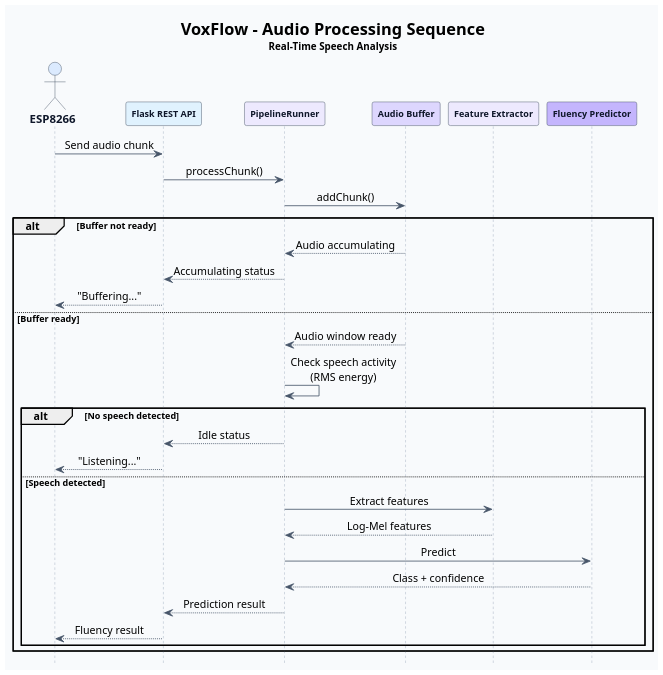
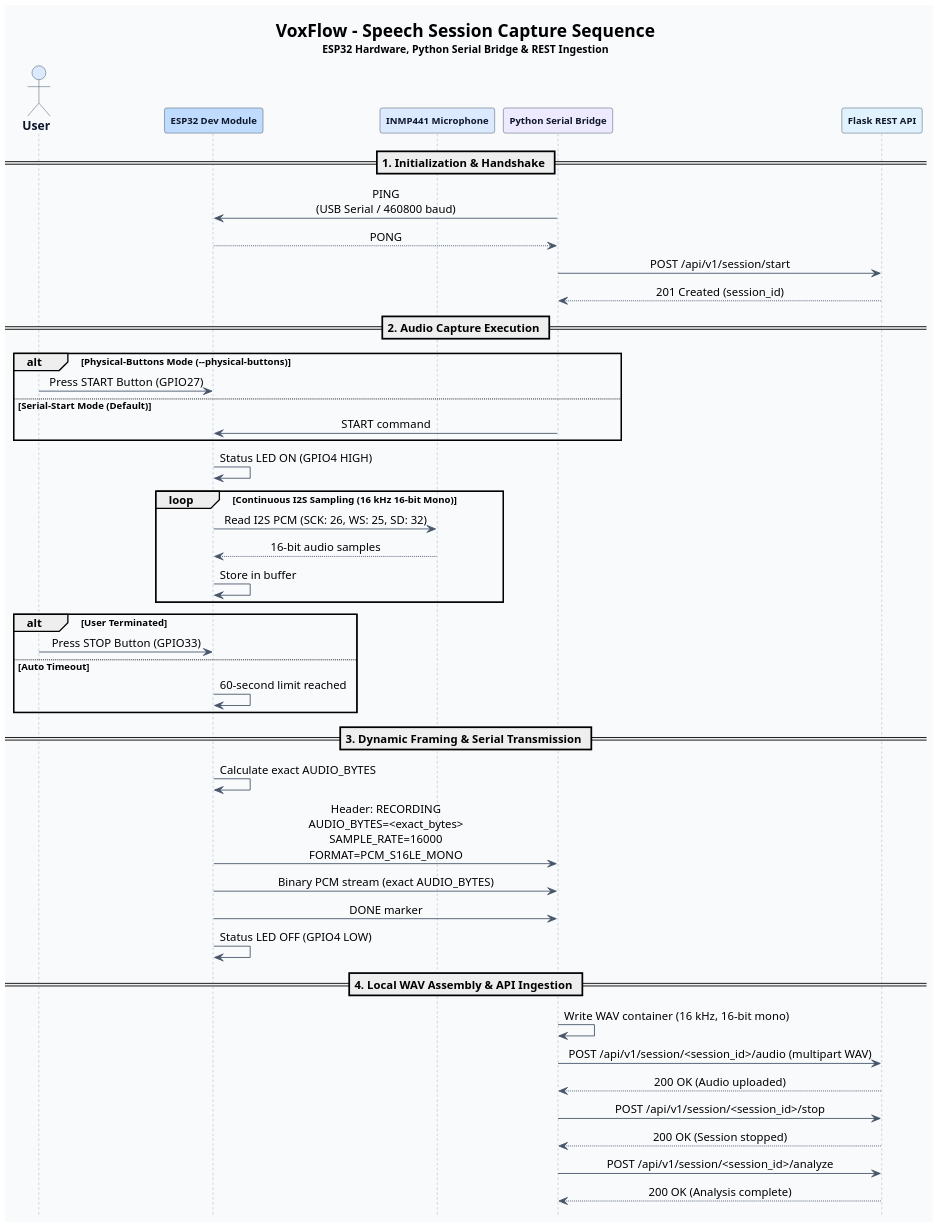
Before and after one commit to PetaSivaNandhanReddy/voxflow: the diagram in VoxFlow_uml/VoxFlow_uml/uml/03_audio_sequence.puml, drawn with PlantUML. The commit also changed 31 other files, not shown here.

Commit message:
docs: align uml architecture with final voxflow system

```diff
--- a/VoxFlow_uml/VoxFlow_uml/uml/03_audio_sequence.puml
+++ b/VoxFlow_uml/VoxFlow_uml/uml/03_audio_sequence.puml
@@ -1,81 +1,89 @@
 @startuml
-
-title <size:20><b>VoxFlow - Audio Processing Sequence</b></size>\n<size:12>Real-Time Speech Analysis</size>
+title <size:20><b>VoxFlow - Speech Session Capture Sequence</b></size>\n<size:12>ESP32 Hardware, Python Serial Bridge & REST Ingestion</size>
 
 hide footbox
 
 skinparam backgroundColor #F8FAFC
 skinparam shadowing false
-skinparam dpi 160
+skinparam dpi 170
 
 skinparam sequence {
     ArrowColor #475569
     LifeLineBorderColor #94A3B8
     LifeLineBackgroundColor #F8FAFC
 
     ParticipantBorderColor #334155
     ParticipantBackgroundColor #FFFFFF
     ParticipantFontColor #0F172A
     ParticipantFontStyle bold
 
     ActorBorderColor #334155
     ActorBackgroundColor #DBEAFE
     ActorFontColor #0F172A
     ActorFontStyle bold
 }
 
 skinparam participant {
     FontSize 11
 }
 
 skinparam sequenceMessageAlign center
 
-actor "ESP8266" as ESP #DBEAFE
+actor "User" as User #DBEAFE
+participant "ESP32 Dev Module" as ESP #BFDBFE
+participant "INMP441 Microphone" as Mic #DBEAFE
+participant "Python Serial Bridge" as Bridge #EDE9FE
+participant "Flask REST API" as API #E0F2FE
 
-participant "Flask REST API" as API #E0F2FE
-participant "PipelineRunner" as Pipeline #EDE9FE
-participant "Audio Buffer" as Buffer #DDD6FE
-participant "Feature Extractor" as Features #EDE9FE
-participant "Fluency Predictor" as Predictor #C4B5FD
+== 1. Initialization & Handshake ==
 
+Bridge -> ESP : PING\n(USB Serial / 460800 baud)
+ESP --> Bridge : PONG
 
-ESP -> API : Send audio chunk
+Bridge -> API : POST /api/v1/session/start
+API --> Bridge : 201 Created (session_id)
 
-API -> Pipeline : processChunk()
+== 2. Audio Capture Execution ==
 
-Pipeline -> Buffer : addChunk()
-
-
-alt Buffer not ready
-
-    Buffer --> Pipeline : Audio accumulating
-    Pipeline --> API : Accumulating status
-    API --> ESP : "Buffering..."
-
-else Buffer ready
-
-    Buffer --> Pipeline : Audio window ready
-
-    Pipeline -> Pipeline : Check speech activity\n(RMS energy)
-
-    alt No speech detected
-
-        Pipeline --> API : Idle status
-        API --> ESP : "Listening..."
-
-    else Speech detected
-
-        Pipeline -> Features : Extract features
-        Features --> Pipeline : Log-Mel features
-
-        Pipeline -> Predictor : Predict
-        Predictor --> Pipeline : Class + confidence
-
-        Pipeline --> API : Prediction result
-        API --> ESP : Fluency result
-
-    end
-
+alt Physical-Buttons Mode (--physical-buttons)
+    User -> ESP : Press START Button (GPIO27)
+else Serial-Start Mode (Default)
+    Bridge -> ESP : START command
 end
 
+ESP -> ESP : Status LED ON (GPIO4 HIGH)
+
+loop Continuous I2S Sampling (16 kHz 16-bit Mono)
+    ESP -> Mic : Read I2S PCM (SCK: 26, WS: 25, SD: 32)
+    Mic --> ESP : 16-bit audio samples
+    ESP -> ESP : Store in buffer
+end
+
+alt User Terminated
+    User -> ESP : Press STOP Button (GPIO33)
+else Auto Timeout
+    ESP -> ESP : 60-second limit reached
+end
+
+== 3. Dynamic Framing & Serial Transmission ==
+
+ESP -> ESP : Calculate exact AUDIO_BYTES
+ESP -> Bridge : Header: RECORDING\nAUDIO_BYTES=<exact_bytes>\nSAMPLE_RATE=16000\nFORMAT=PCM_S16LE_MONO
+
+ESP -> Bridge : Binary PCM stream (exact AUDIO_BYTES)
+ESP -> Bridge : DONE marker
+ESP -> ESP : Status LED OFF (GPIO4 LOW)
+
+== 4. Local WAV Assembly & API Ingestion ==
+
+Bridge -> Bridge : Write WAV container (16 kHz, 16-bit mono)
+Bridge -> API : POST /api/v1/session/<session_id>/audio (multipart WAV)
+API --> Bridge : 200 OK (Audio uploaded)
+
+Bridge -> API : POST /api/v1/session/<session_id>/stop
+API --> Bridge : 200 OK (Session stopped)
+
+Bridge -> API : POST /api/v1/session/<session_id>/analyze
+API --> Bridge : 200 OK (Analysis complete)
+
 @enduml
```
